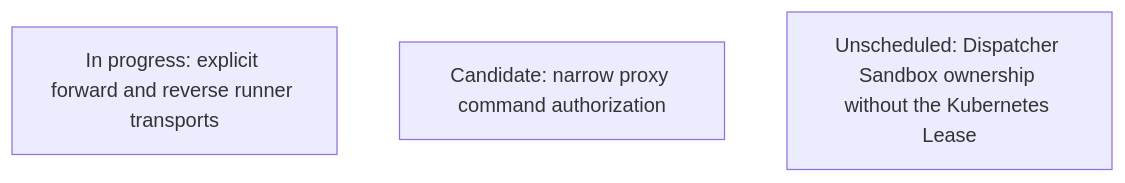
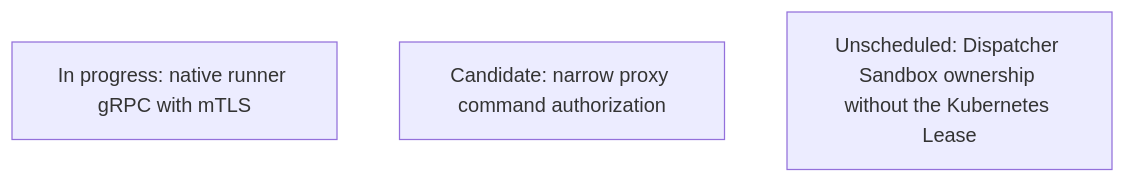
One commit to agentydragon/ducktape changed diagram 15 of 19 in agentplane/plans/task_dag.md. Above: the diagram before and after it, drawn with Mermaid. The commit also changed other lines of this file and 129 other files, not shown here.

Commit message:
Serve runner control exclusively over direct mTLS gRPC

````diff
--- a/agentplane/plans/task_dag.md
+++ b/agentplane/plans/task_dag.md
@@ -1553,6 +1553,6 @@
 ```mermaid
 flowchart TD
-    RUNNER_CONTROL_TRANSPORT_DESIGN[In progress: explicit forward and reverse runner transports]
+    RUNNER_CONTROL_TRANSPORT_DESIGN[In progress: native runner gRPC with mTLS]
     PROXY_START_METHODS_DISPATCHER_ONLY[Candidate: narrow proxy command authorization]
     DISPATCHER_OWNERSHIP_IN_POSTGRES[Unscheduled: Dispatcher Sandbox ownership without the Kubernetes Lease]
 ```
````
